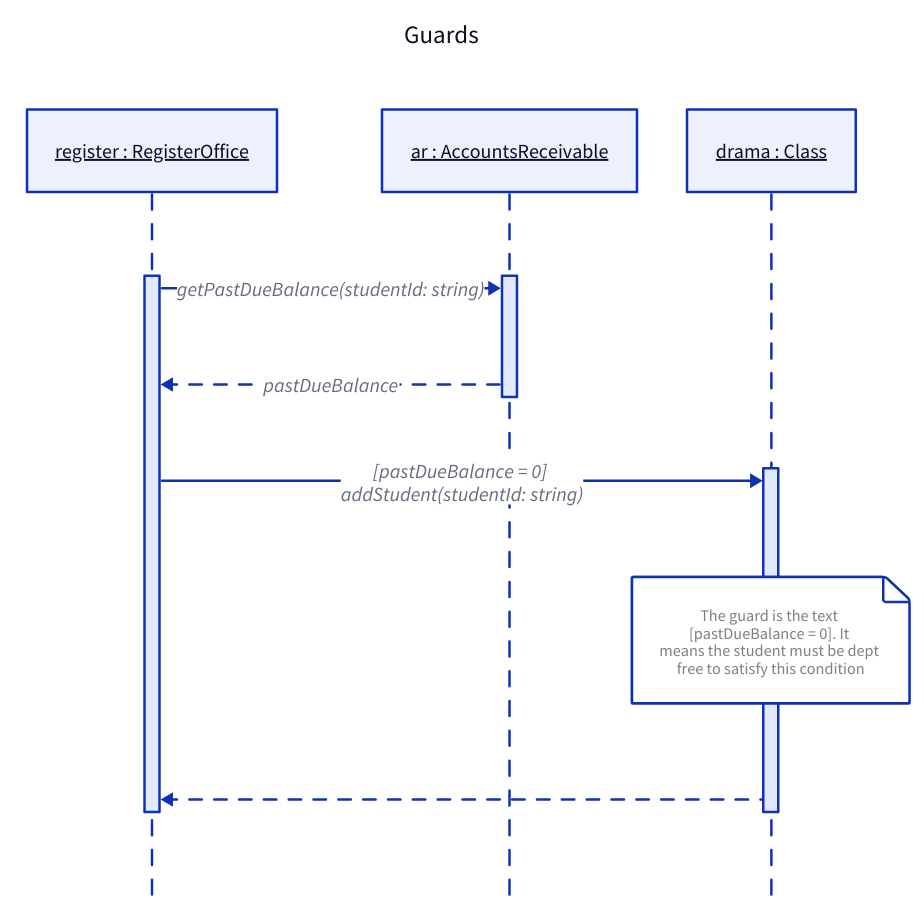
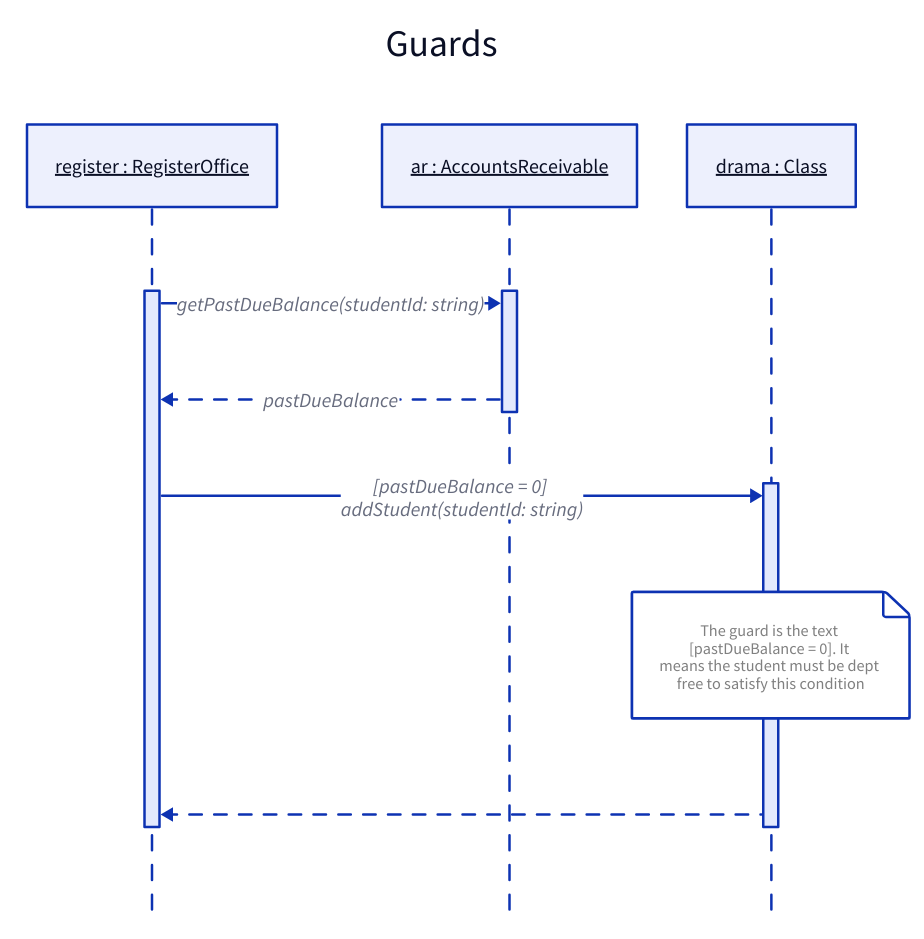
One commit to TheCre8tor/declarative_diagramming changed the diagram in guard.d2. Above: the diagram before and after it, drawn with D2. The commit also changed 7 other files, not shown here.

Commit message:
refatored the sequence styles

```diff
--- a/guard.d2
+++ b/guard.d2
@@ -1,42 +1,40 @@
 Guards {
     # reference: https://developer.ibm.com/articles/the-sequence-diagram/
     shape: sequence_diagram
-    style: {
-        font-size: 20
-    }
+    style.font-size: 30
 
     vars: {
         underline: {
             underline: true
         }
     }
 
     register: register : RegisterOffice {
         style: ${underline}
     }
     ar: ar : AccountsReceivable {
         style: ${underline}
     }
     drama: drama : Class {
         style: ${underline}
     }
 
     register.lifeline -> ar.lifeline: getPastDueBalance(studentId: string)
     register.lifeline <- ar.lifeline: pastDueBalance {
         style: {
             stroke-dash: 5
         }
     }
 
     register.lifeline -> drama.lifeline: \[pastDueBalance = 0\] \naddStudent(studentId: string)
     drama.lifeline."The guard is the text \n[pastDueBalance = 0]. It \nmeans the student must be dept \nfree to satisfy this condition" {
         style: {
             font-size: 13
             font-color: grey
         }
     }
     register.lifeline <- drama.lifeline {
         style.stroke-dash: 5
     }
 
 }
```
